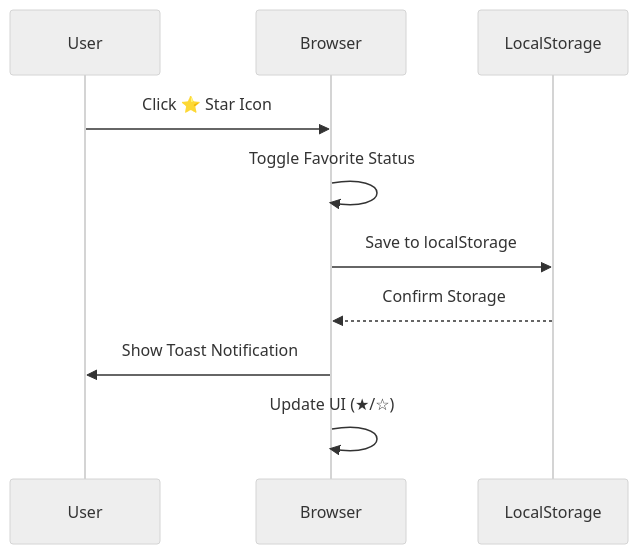
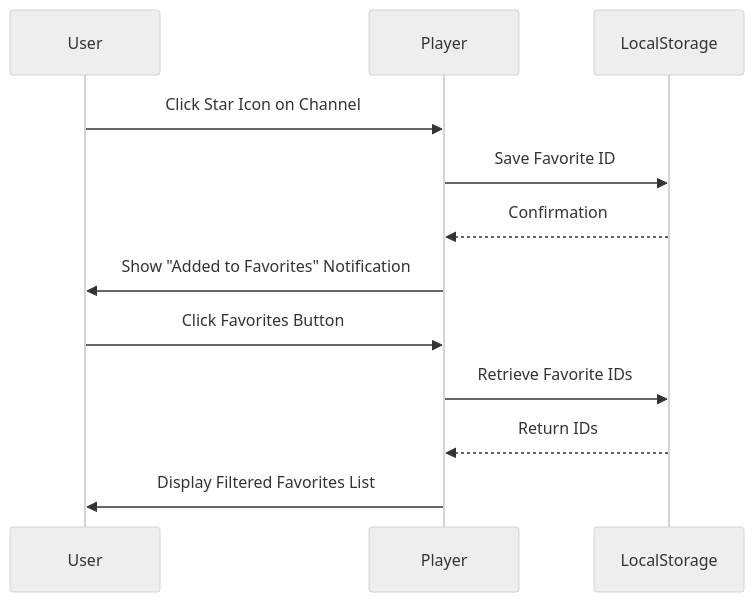
The third of 4 diagrams in README.md (xsukax/xsukax-IPTV-Player), drawn with Mermaid (neutral theme) before and after one commit. The commit also changed other lines of this file, not shown here.

First line of the commit message:
Revise README for xsukax IPTV Player

````diff
--- a/README.md
+++ b/README.md
@@ -203,13 +155,15 @@
 ```mermaid
 sequenceDiagram
     participant U as User
-    participant B as Browser
+    participant P as Player
     participant L as LocalStorage
     
-    U->>B: Click ⭐ Star Icon
-    B->>B: Toggle Favorite Status
-    B->>L: Save to localStorage
-    L-->>B: Confirm Storage
-    B->>U: Show Toast Notification
-    B->>B: Update UI (★/☆)
+    U->>P: Click Star Icon on Channel
+    P->>L: Save Favorite ID
+    L-->>P: Confirmation
+    P->>U: Show "Added to Favorites" Notification
+    U->>P: Click Favorites Button
+    P->>L: Retrieve Favorite IDs
+    L-->>P: Return IDs
+    P->>U: Display Filtered Favorites List
 ```
````
